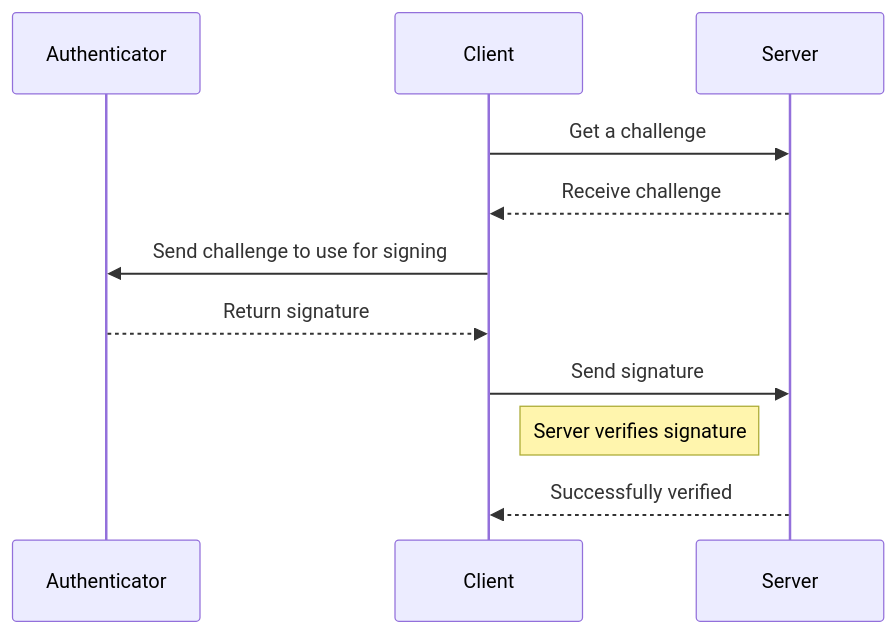
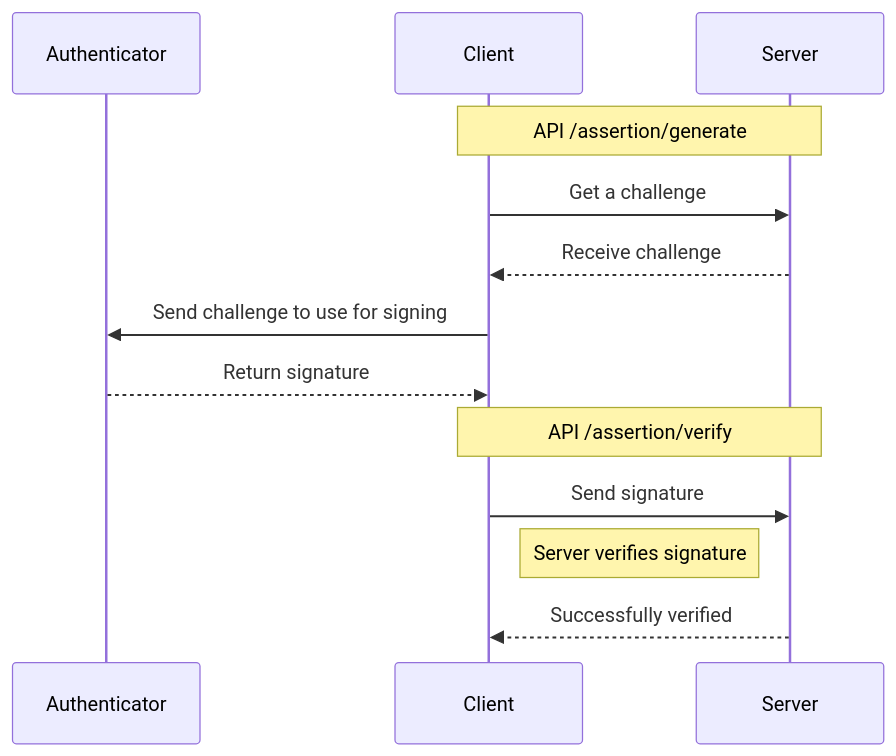
Before and after one commit to nealfennimore/passkeys: the second of 2 diagrams in README.md, drawn with Mermaid. The commit also changed other lines of this file, not shown here.

````diff
--- a/README.md
+++ b/README.md
@@ -39,16 +41,18 @@
 ```mermaid
 sequenceDiagram
 	participant A as Authenticator
 	participant C as Client
 	participant S as Server
 
+	note over C, S: API /assertion/generate
 	C ->> S: Get a challenge
 	S -->> C: Receive challenge
 
 	C ->> A: Send challenge to use for signing
 	A -->> C: Return signature
 
+	note over C, S: API /assertion/verify
 	C ->> S: Send signature
 	note left of S: Server verifies signature
 	S -->> C: Successfully verified
 ```
````
